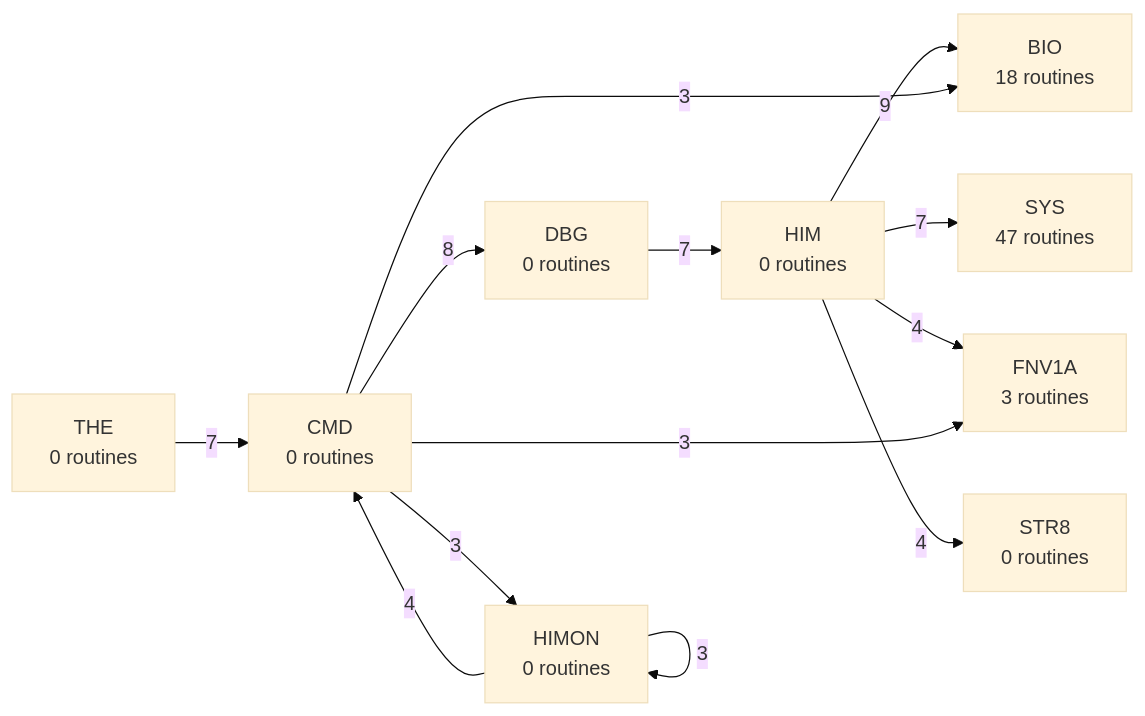
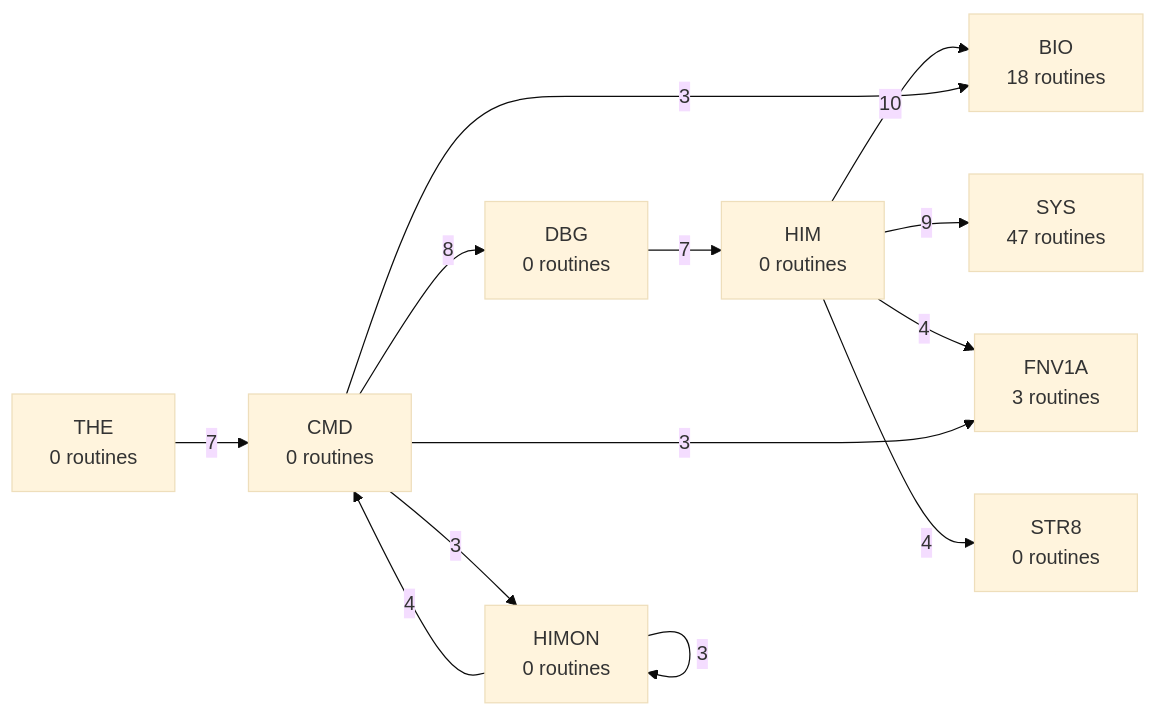
One commit to 95westus/R-YORS changed the third of 7 diagrams in DOC/GENERATED/ROUTINE_PREFIX_MAP.md. Above: the diagram before and after it, drawn with Mermaid (base theme). The commit also changed other lines of this file and 42 other files, not shown here.

````diff
--- a/DOC/GENERATED/ROUTINE_PREFIX_MAP.md
+++ b/DOC/GENERATED/ROUTINE_PREFIX_MAP.md
@@ -46,15 +46,15 @@
 ```mermaid
 flowchart LR
-    P_HIM["HIM<br/>0 routines"] -->|9| P_BIO["BIO<br/>18 routines"]
+    P_HIM["HIM<br/>0 routines"] -->|10| P_BIO["BIO<br/>18 routines"]
+    P_HIM["HIM<br/>0 routines"] -->|9| P_SYS["SYS<br/>47 routines"]
     P_CMD["CMD<br/>0 routines"] -->|8| P_DBG["DBG<br/>0 routines"]
     P_DBG["DBG<br/>0 routines"] -->|7| P_HIM["HIM<br/>0 routines"]
-    P_HIM["HIM<br/>0 routines"] -->|7| P_SYS["SYS<br/>47 routines"]
     P_THE["THE<br/>0 routines"] -->|7| P_CMD["CMD<br/>0 routines"]
     P_HIM["HIM<br/>0 routines"] -->|4| P_FNV1A["FNV1A<br/>3 routines"]
     P_HIM["HIM<br/>0 routines"] -->|4| P_STR8["STR8<br/>0 routines"]
     P_HIMON["HIMON<br/>0 routines"] -->|4| P_CMD["CMD<br/>0 routines"]
     P_CMD["CMD<br/>0 routines"] -->|3| P_BIO["BIO<br/>18 routines"]
     P_CMD["CMD<br/>0 routines"] -->|3| P_FNV1A["FNV1A<br/>3 routines"]
     P_CMD["CMD<br/>0 routines"] -->|3| P_HIMON["HIMON<br/>0 routines"]
     P_HIMON["HIMON<br/>0 routines"] -->|3| P_HIMON["HIMON<br/>0 routines"]
 ```
````
